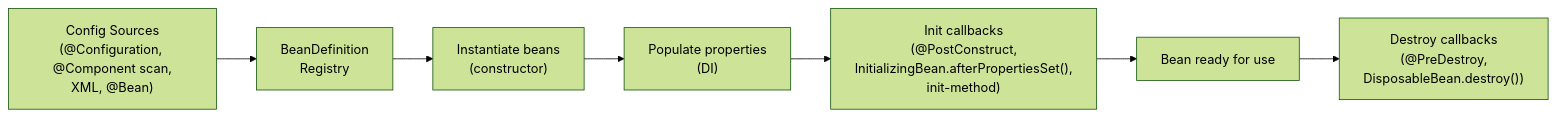
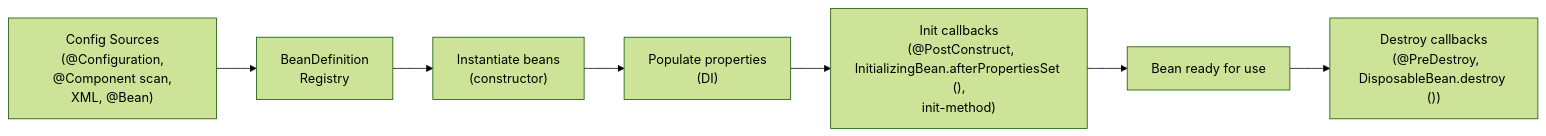
The diagram in content/questions/language/java/spring-ioc-di.md (pploc/swe-icon-the-moment), drawn with Mermaid (forest theme) before and after one commit. The commit also changed 95 other files, not shown here.

Commit message:
fix: update the practice mode diagram bug not display

````diff
--- a/content/questions/language/java/spring-ioc-di.md
+++ b/content/questions/language/java/spring-ioc-di.md
@@ -22,12 +22,13 @@
 ```mermaid
 flowchart LR
-    Config["Config Sources\n(@Configuration, @Component scan,\nXML, @Bean)"] --> BD["BeanDefinition\nRegistry"]
-    BD --> Inst["Instantiate beans\n(constructor)"]
-    Inst --> Populate["Populate properties\n(DI)"]
-    Populate --> Init["Init callbacks\n(@PostConstruct,\nInitializingBean.afterPropertiesSet(),\ninit-method)"]
+    Config["Config Sources\n (@Configuration, @Component scan,\nXML, @Bean)"] --> BD["BeanDefinition\nRegistry"]
+    BD --> Inst["Instantiate beans\n (constructor)"]
+    Inst --> Populate["Populate properties\n (DI)"]
+    Populate --> Init["Init callbacks\n (@PostConstruct,\nInitializingBean.afterPropertiesSet (),\ninit-method)"]
     Init --> Ready["Bean ready for use"]
-    Ready --> Destroy["Destroy callbacks\n(@PreDestroy,\nDisposableBean.destroy())"]
+    Ready --> Destroy["Destroy callbacks\n (@PreDestroy,\nDisposableBean.destroy ())"]
+
 
 
 
 ```
````
